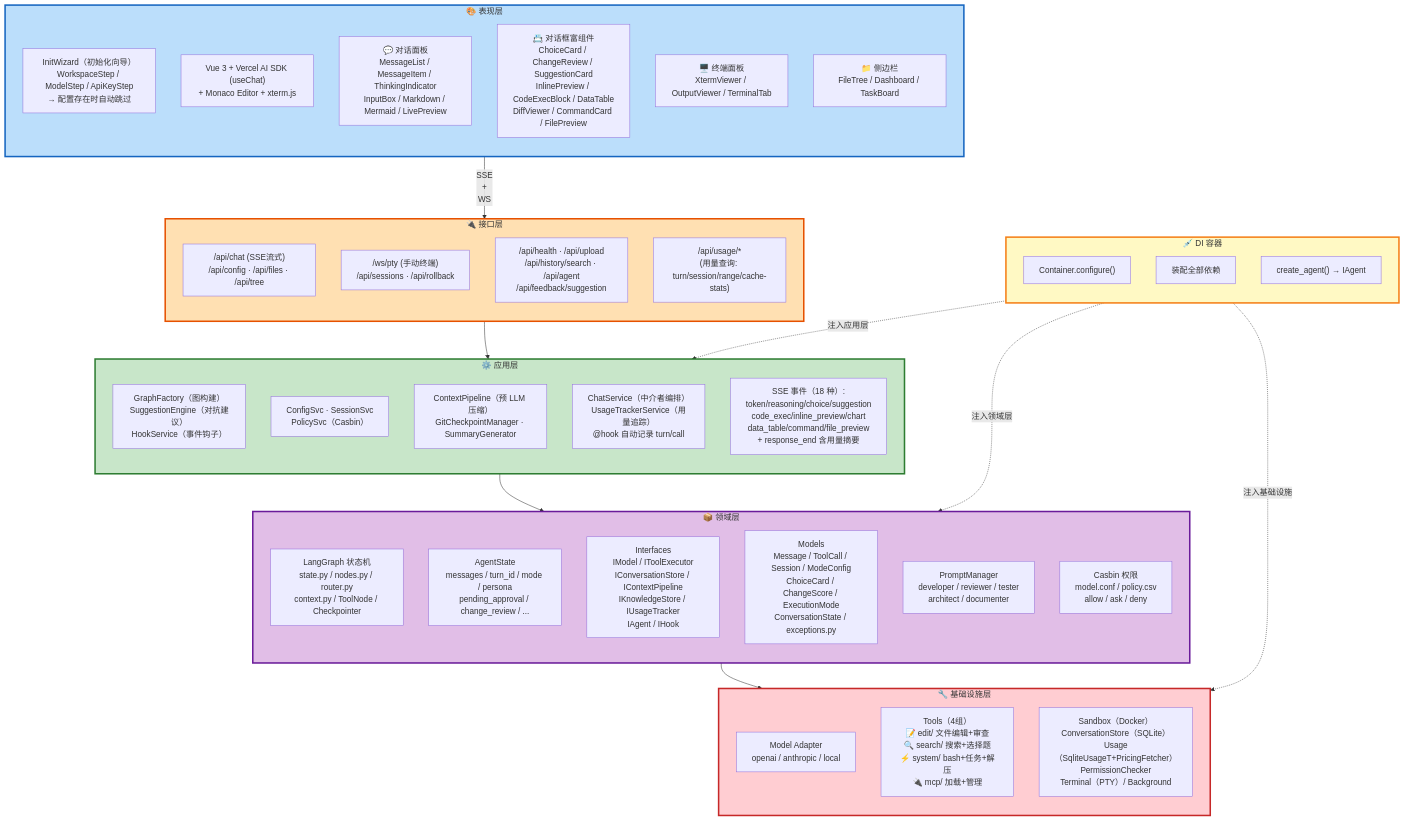
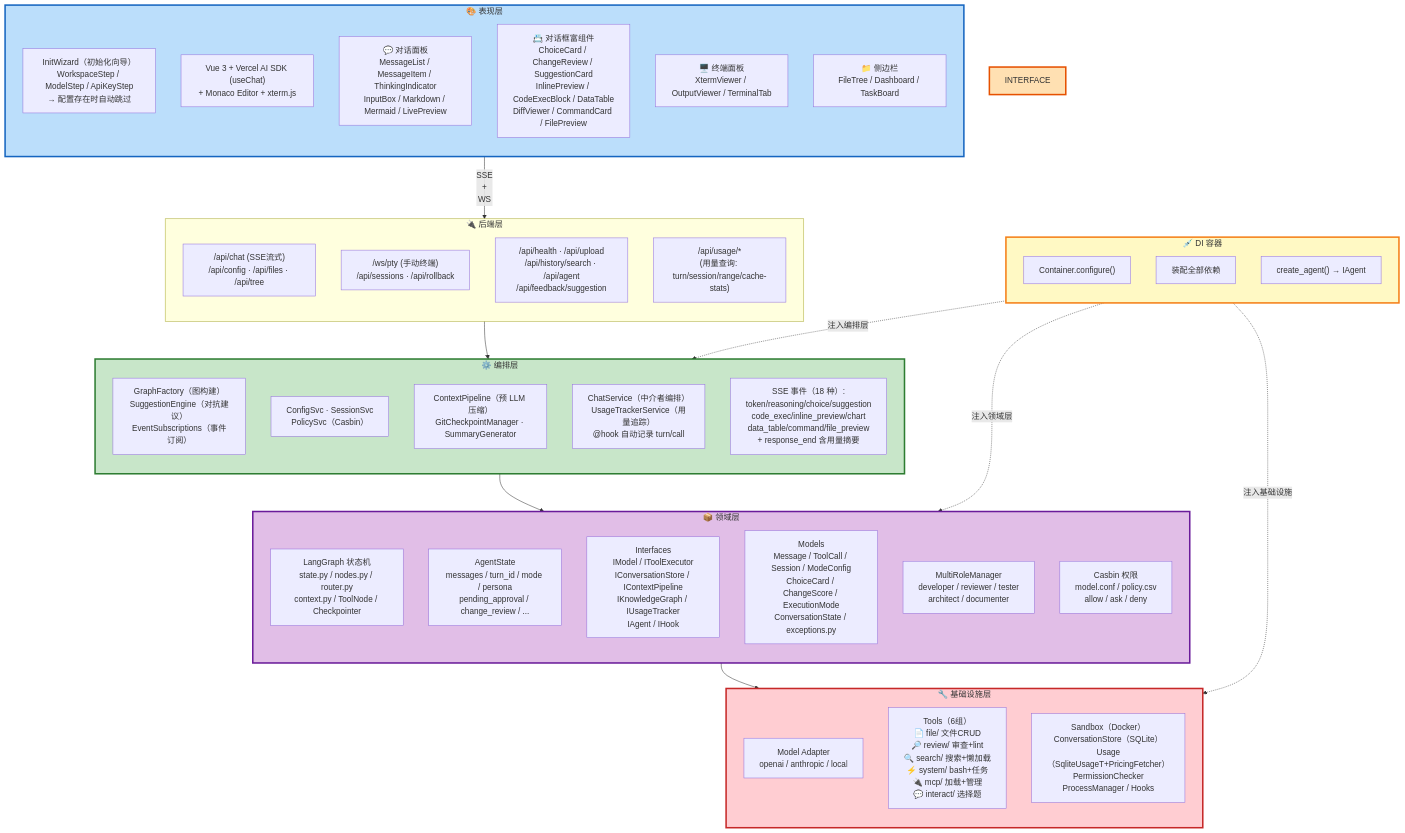
The diagram in docs/docs_refactor/architecture-diagram.md (sunq0001/flypig), drawn with Mermaid before and after one commit. The commit also changed other lines of this file and 15 other files, not shown here.

````diff
--- a/docs/docs_refactor/architecture-diagram.md
+++ b/docs/docs_refactor/architecture-diagram.md
@@ -145,68 +145,68 @@
 ```mermaid
 flowchart TD
     subgraph PRESENTATION["🎨 表现层"]
         direction TB
         P0["InitWizard（初始化向导）<br/>WorkspaceStep / ModelStep / ApiKeyStep<br/>→ 配置存在时自动跳过"]
         P1["Vue 3 + Vercel AI SDK (useChat)<br/>+ Monaco Editor + xterm.js"]
         P2["💬 对话面板<br/>MessageList / MessageItem / ThinkingIndicator<br/>InputBox / Markdown / Mermaid / LivePreview"]
         P3["📇 对话框富组件<br/>ChoiceCard / ChangeReview / SuggestionCard<br/>InlinePreview / CodeExecBlock / DataTable<br/>DiffViewer / CommandCard / FilePreview"]
         P4["🖥️ 终端面板<br/>XtermViewer / OutputViewer / TerminalTab"]
         P5["📁 侧边栏<br/>FileTree / Dashboard / TaskBoard"]
     end
-    PRESENTATION -->|"SSE<br/>+<br/>WS"| INTERFACE
+    PRESENTATION -->|"SSE<br/>+<br/>WS"| BACKEND
 
-    subgraph INTERFACE["🔌 接口层"]
+    subgraph BACKEND["🔌 后端层"]
         direction TB
         I1["/api/chat (SSE流式)<br/>/api/config · /api/files · /api/tree"]
         I2["/ws/pty (手动终端)<br/>/api/sessions · /api/rollback"]
         I3["/api/health · /api/upload<br/>/api/history/search · /api/agent<br/>/api/feedback/suggestion"]
         I4["/api/usage/*<br/>(用量查询: turn/session/range/cache-stats)"]
     end
-    INTERFACE --> APPLICATION
+    BACKEND --> ORCHESTRATION
 
-    subgraph APPLICATION["⚙️ 应用层"]
+    subgraph ORCHESTRATION["⚙️ 编排层"]
         direction TB
-        A1["GraphFactory（图构建）<br/>SuggestionEngine（对抗建议）<br/>HookService（事件钩子）"]
+        A1["GraphFactory（图构建）<br/>SuggestionEngine（对抗建议）<br/>EventSubscriptions（事件订阅）"]
         A2["ConfigSvc · SessionSvc<br/>PolicySvc（Casbin）"]
         A3["ContextPipeline（预 LLM 压缩）<br/>GitCheckpointManager · SummaryGenerator"]
         A4["ChatService（中介者编排）<br/>UsageTrackerService（用量追踪）<br/>@hook 自动记录 turn/call"]
         A5["SSE 事件（18 种）:<br/>token/reasoning/choice/suggestion<br/>code_exec/inline_preview/chart<br/>data_table/command/file_preview<br/>+ response_end 含用量摘要"]
     end
-    APPLICATION --> DOMAIN
+    ORCHESTRATION --> DOMAIN
 
     subgraph DOMAIN["📦 领域层"]
         direction TB
         D1["LangGraph 状态机<br/>state.py / nodes.py / router.py<br/>context.py / ToolNode / Checkpointer"]
         D2["AgentState<br/>messages / turn_id / mode / persona<br/>pending_approval / change_review / ..."]
-        D3["Interfaces<br/>IModel / IToolExecutor<br/>IConversationStore / IContextPipeline<br/>IKnowledgeStore / IUsageTracker<br/>IAgent / IHook"]
+        D3["Interfaces<br/>IModel / IToolExecutor<br/>IConversationStore / IContextPipeline<br/>IKnowledgeGraph / IUsageTracker<br/>IAgent / IHook"]
         D4["Models<br/>Message / ToolCall / Session / ModeConfig<br/>ChoiceCard / ChangeScore / ExecutionMode<br/>ConversationState / exceptions.py"]
-        D5["PromptManager<br/>developer / reviewer / tester<br/>architect / documenter"]
+        D5["MultiRoleManager<br/>developer / reviewer / tester<br/>architect / documenter"]
         D6["Casbin 权限<br/>model.conf / policy.csv<br/>allow / ask / deny"]
     end
     DOMAIN --> INFRASTRUCTURE
 
     subgraph INFRASTRUCTURE["🔧 基础设施层"]
         direction TB
         F1["Model Adapter<br/>openai / anthropic / local"]
-        F2["Tools（4组）<br/>📝 edit/ 文件编辑+审查<br/>🔍 search/ 搜索+选择题<br/>⚡ system/ bash+任务+解压<br/>🔌 mcp/ 加载+管理"]
-        F3["Sandbox（Docker）<br/>ConversationStore（SQLite）<br/>Usage（SqliteUsageT+PricingFetcher）<br/>PermissionChecker<br/>Terminal（PTY）/ Background"]
+        F2["Tools（6组）<br/>📄 file/ 文件CRUD<br/>🔎 review/ 审查+lint<br/>🔍 search/ 搜索+懒加载<br/>⚡ system/ bash+任务<br/>🔌 mcp/ 加载+管理<br/>💬 interact/ 选择题"]
+        F3["Sandbox（Docker）<br/>ConversationStore（SQLite）<br/>Usage（SqliteUsageT+PricingFetcher）<br/>PermissionChecker<br/>ProcessManager / Hooks"]
     end
 
     subgraph DI["💉 DI 容器"]
         direction TB
         DX1["Container.configure()"]
         DX2["装配全部依赖"]
         DX3["create_agent() → IAgent"]
     end
 
-    DI -.->|注入应用层| APPLICATION
+    DI -.->|注入编排层| ORCHESTRATION
     DI -.->|注入领域层| DOMAIN
     DI -.->|注入基础设施| INFRASTRUCTURE
 
     style PRESENTATION fill:#BBDEFB,stroke:#1565C0,stroke-width:3px,fontSize:16px
     style INTERFACE fill:#FFE0B2,stroke:#E65100,stroke-width:3px,fontSize:16px
-    style APPLICATION fill:#C8E6C9,stroke:#2E7D32,stroke-width:3px,fontSize:16px
+    style ORCHESTRATION fill:#C8E6C9,stroke:#2E7D32,stroke-width:3px,fontSize:16px
     style DOMAIN fill:#E1BEE7,stroke:#6A1B9A,stroke-width:3px,fontSize:16px
     style INFRASTRUCTURE fill:#FFCDD2,stroke:#C62828,stroke-width:3px,fontSize:16px
     style DI fill:#FFF9C4,stroke:#F57F17,stroke-width:3px,fontSize:16px
 ```
````
